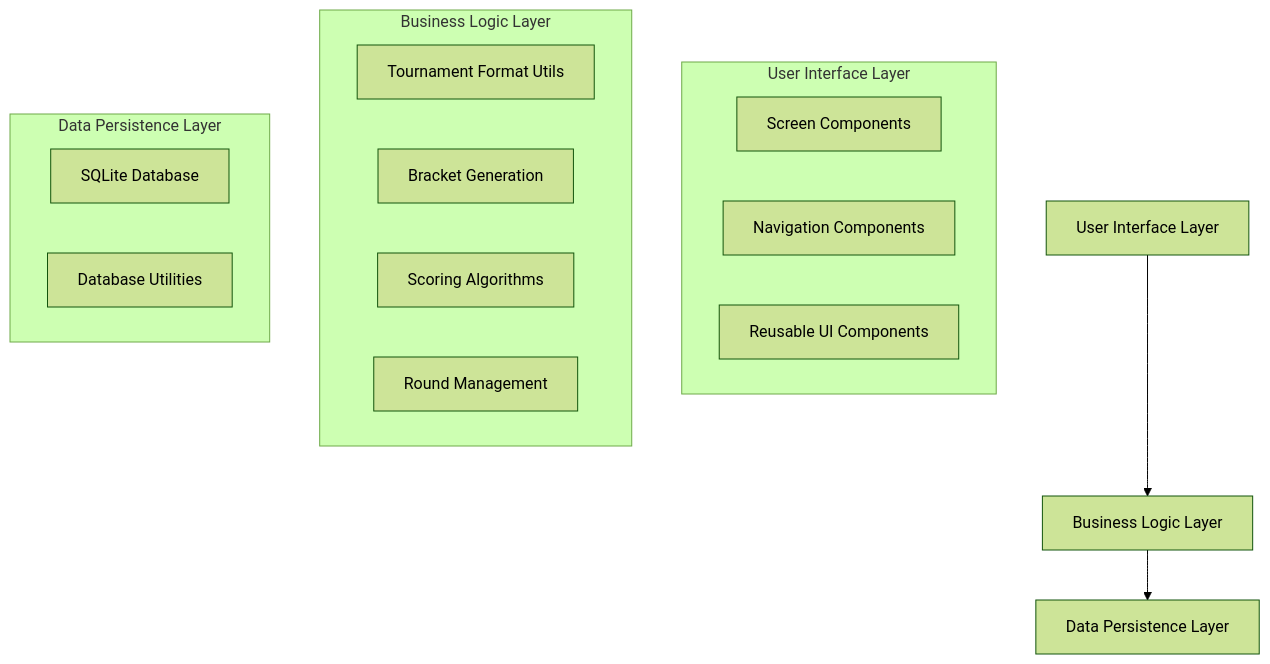
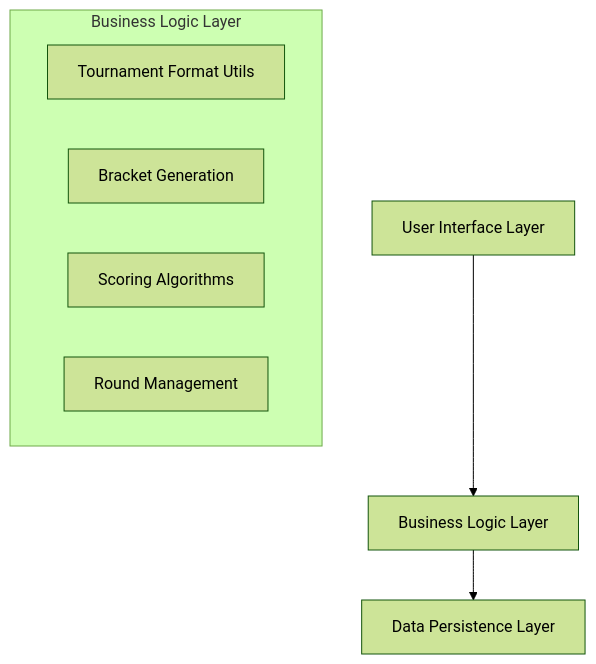
Before and after one commit to FencingSeniorDesign/client: the second of 52 diagrams in docs/SoftwareDesignDocv2.md, drawn with Mermaid (forest theme). The commit also changed other lines of this file, not shown here.

````diff
--- a/docs/SoftwareDesignDocv2.md
+++ b/docs/SoftwareDesignDocv2.md
@@ -126,23 +177,13 @@
 ```mermaid
 graph TD
     A[User Interface Layer] --> B[Business Logic Layer]
     B --> C[Data Persistence Layer]
-    
-    subgraph "User Interface Layer"
-        A1[Screen Components]
-        A2[Navigation Components]
-        A3[Reusable UI Components]
-    end
     
     subgraph "Business Logic Layer"
         B1[Tournament Format Utils]
         B2[Bracket Generation]
         B3[Scoring Algorithms]
         B4[Round Management]
     end
-    
-    subgraph "Data Persistence Layer"
-        C1[SQLite Database]
-        C2[Database Utilities]
-    end
+
 ```
````
